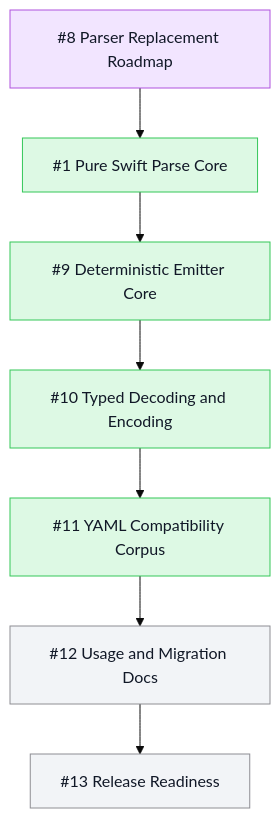
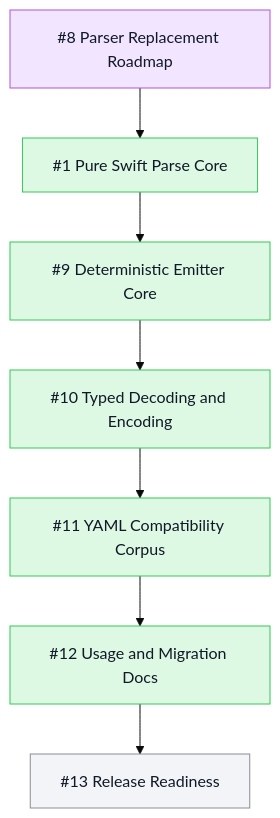
Before and after one commit to mihaelamj/PureYAML: the second of 2 diagrams in README.md, drawn with Mermaid (base theme). The commit also changed other lines of this file and 1 other file, not shown here.

````diff
--- a/README.md
+++ b/README.md
@@ -41,20 +41,20 @@
 ```mermaid
 flowchart TB
   classDef done fill:#ddf9e4,stroke:#34c759,color:#111827
   classDef review fill:#fff7d6,stroke:#ffcc00,color:#111827
   classDef epic fill:#f2e5ff,stroke:#af52de,color:#111827
   classDef todo fill:#f2f4f7,stroke:#8e8e93,color:#111827
   SuperEpic8["#8 Parser Replacement Roadmap"]:::epic
   Epic1["#1 Pure Swift Parse Core"]:::done
   Epic9["#9 Deterministic Emitter Core"]:::done
   Epic10["#10 Typed Decoding and Encoding"]:::done
   Epic11["#11 YAML Compatibility Corpus"]:::done
-  Epic12["#12 Usage and Migration Docs"]:::todo
+  Epic12["#12 Usage and Migration Docs"]:::done
   Epic13["#13 Release Readiness"]:::todo
   SuperEpic8 --> Epic1
   Epic1 --> Epic9
   Epic9 --> Epic10
   Epic10 --> Epic11
   Epic11 --> Epic12
   Epic12 --> Epic13
 ```
````
